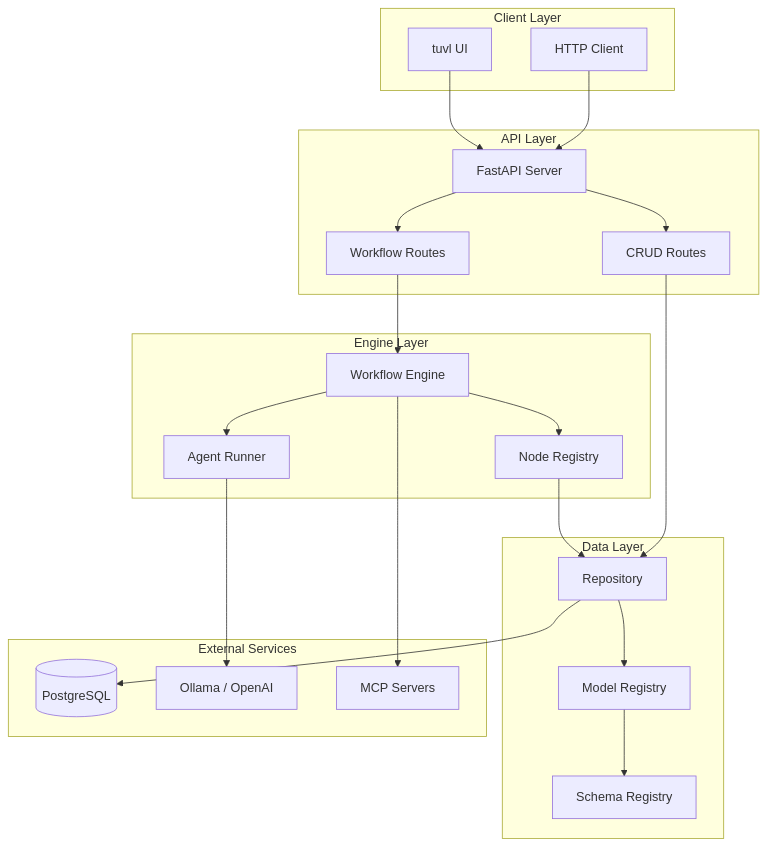
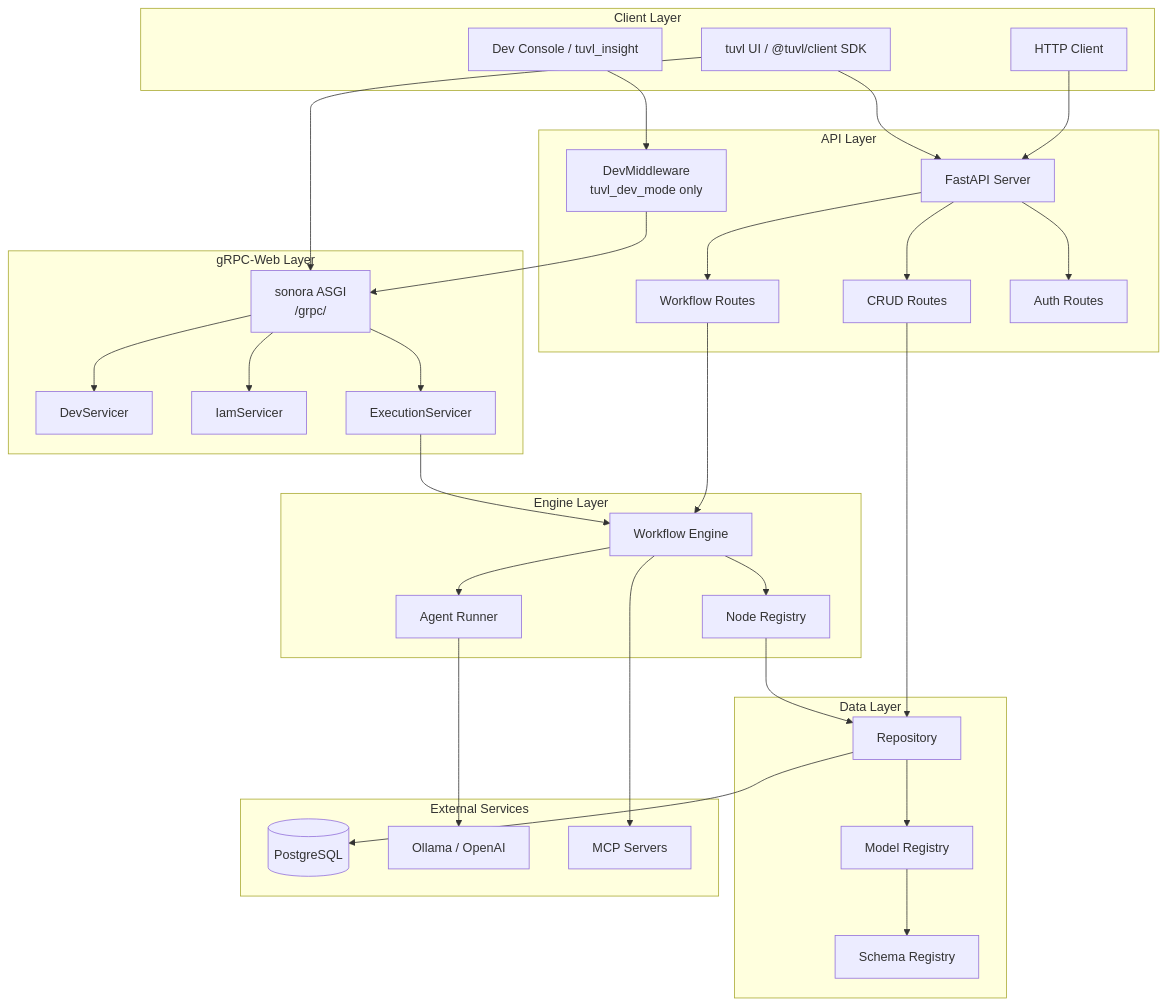
The first of 2 diagrams in docs/concepts/architecture.md (tuvl-io/docs), drawn with Mermaid before and after one commit. The commit also changed other lines of this file and 3 other files, not shown here.

Commit message:
Enhance architecture and SDK documentation with gRPC-Web details and updates to contributing guidelines

````diff
--- a/docs/concepts/architecture.md
+++ b/docs/concepts/architecture.md
@@ -16,46 +16,64 @@
 ```mermaid
 graph TB
     subgraph "Client Layer"
-        A[HTTP Client] 
-        B[tuvl UI]
+        A[HTTP Client]
+        B[tuvl UI / @tuvl/client SDK]
+        DevUI[Dev Console / tuvl_insight]
     end
-    
+
     subgraph "API Layer"
         C[FastAPI Server]
         D[Workflow Routes]
         E[CRUD Routes]
+        F_AUTH[Auth Routes]
+        DevMW[DevMiddleware\ntuvl_dev_mode only]
     end
-    
+
+    subgraph "gRPC-Web Layer"
+        G_GRPC[sonora ASGI\n/grpc/]
+        DevSvc[DevServicer]
+        IamSvc[IamServicer]
+        ExecSvc[ExecutionServicer]
+    end
+
     subgraph "Engine Layer"
         F[Workflow Engine]
         G[Node Registry]
         H[Agent Runner]
     end
-    
+
     subgraph "Data Layer"
         I[Repository]
         J[Model Registry]
         K[Schema Registry]
     end
-    
+
     subgraph "External Services"
         L[(PostgreSQL)]
         M[Ollama / OpenAI]
         N[MCP Servers]
     end
-    
+
     A --> C
     B --> C
+    B --> G_GRPC
+    DevUI --> DevMW
+    DevMW --> G_GRPC
     C --> D
     C --> E
+    C --> F_AUTH
+    G_GRPC --> DevSvc
+    G_GRPC --> IamSvc
+    G_GRPC --> ExecSvc
     D --> F
+    ExecSvc --> F
     E --> I
     F --> G
     F --> H
     G --> I
     H --> M
     F --> N
     I --> J
     J --> K
     I --> L
 ```
````
